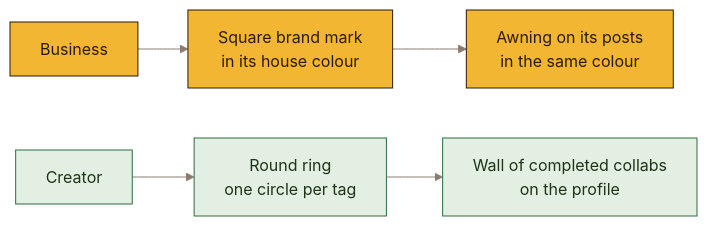
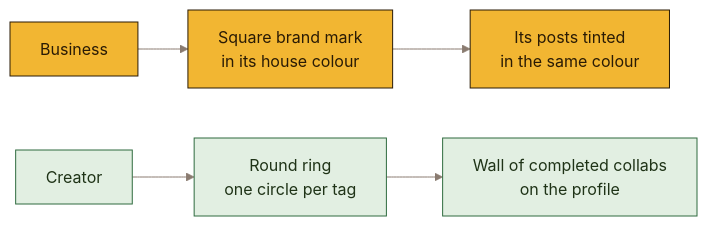
The first of 3 diagrams in docs/design.md (Alasmawi/Barada-Cafe), drawn with Mermaid before and after one commit. The commit also changed other lines of this file and 6 other files, not shown here.

````diff
--- a/docs/design.md
+++ b/docs/design.md
@@ -18,16 +18,16 @@
 ```mermaid
 %%{init: {'theme': 'base', 'themeVariables': {'fontFamily': 'Archivo, Helvetica, Arial, sans-serif', 'primaryColor': '#fffdf8', 'primaryTextColor': '#241a16', 'primaryBorderColor': '#c8102e', 'secondaryColor': '#fbe3e4', 'tertiaryColor': '#faf5ea', 'lineColor': '#8a7b70', 'clusterBkg': '#faf5ea', 'clusterBorder': '#e6dccb', 'edgeLabelBackground': '#faf5ea', 'titleColor': '#241a16', 'actorBkg': '#fffdf8', 'actorBorder': '#c8102e', 'actorTextColor': '#241a16', 'signalColor': '#8a7b70', 'signalTextColor': '#8a7b70', 'labelBoxBkgColor': '#fbe9bf', 'noteBkgColor': '#fbe9bf', 'noteBorderColor': '#f2b632', 'pie1': '#2f6b3f', 'pie2': '#f2b632', 'pie3': '#c8102e', 'pieStrokeColor': '#fffdf8', 'pieOuterStrokeColor': '#e6dccb'}}}%%
 flowchart LR
   B["Business"] --> SQ["Square brand mark<br/>in its house colour"]
   C["Creator"] --> RG["Round ring<br/>one circle per tag"]
-  SQ --> A["Awning on its posts<br/>in the same colour"]
+  SQ --> A["Its posts tinted<br/>in the same colour"]
   RG --> W["Wall of completed collabs<br/>on the profile"]
   classDef biz fill:#f2b632,stroke:#2a1b05,color:#2a1b05
   classDef cre fill:#e2efe2,stroke:#2f6b3f,color:#1f3317
   classDef plat fill:#fbe3e4,stroke:#c8102e,color:#241a16
   classDef data fill:#241a16,stroke:#241a16,color:#faf5ea
   classDef ext fill:#e3ecf4,stroke:#2f5f8a,color:#14324d
   classDef ok fill:#2f6b3f,stroke:#2f6b3f,color:#ffffff
   class B,SQ,A biz
   class C,RG,W cre
 ```
````
